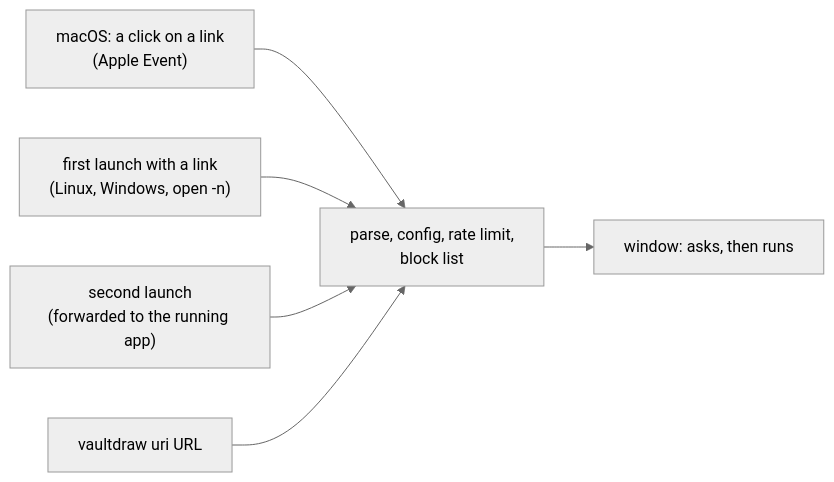
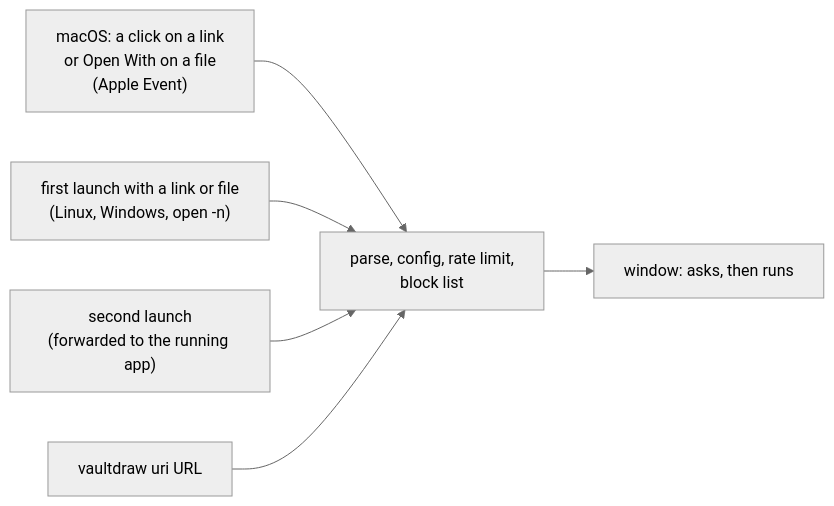
One commit to Vaultdraw/beltio changed the diagram in docs/uri-scheme.md. Above: the diagram before and after it, drawn with Mermaid (neutral theme). The commit also changed other lines of this file and 3 other files, not shown here.

````diff
--- a/docs/uri-scheme.md
+++ b/docs/uri-scheme.md
@@ -34,14 +34,14 @@
 ```mermaid
 flowchart LR
-  OS["macOS: a click on a link<br/>(Apple Event)"]
-  Argv["first launch with a link<br/>(Linux, Windows, open -n)"]
+  OS["macOS: a click on a link<br/>or Open With on a file<br/>(Apple Event)"]
+  Argv["first launch with a link or file<br/>(Linux, Windows, open -n)"]
   Fwd["second launch<br/>(forwarded to the running app)"]
   CLI["vaultdraw uri URL"]
   H["parse, config, rate limit,<br/>block list"]
   W["window: asks, then runs"]
   OS --> H
   Argv --> H
   Fwd --> H
   CLI --> H
   H --> W
 ```
````
